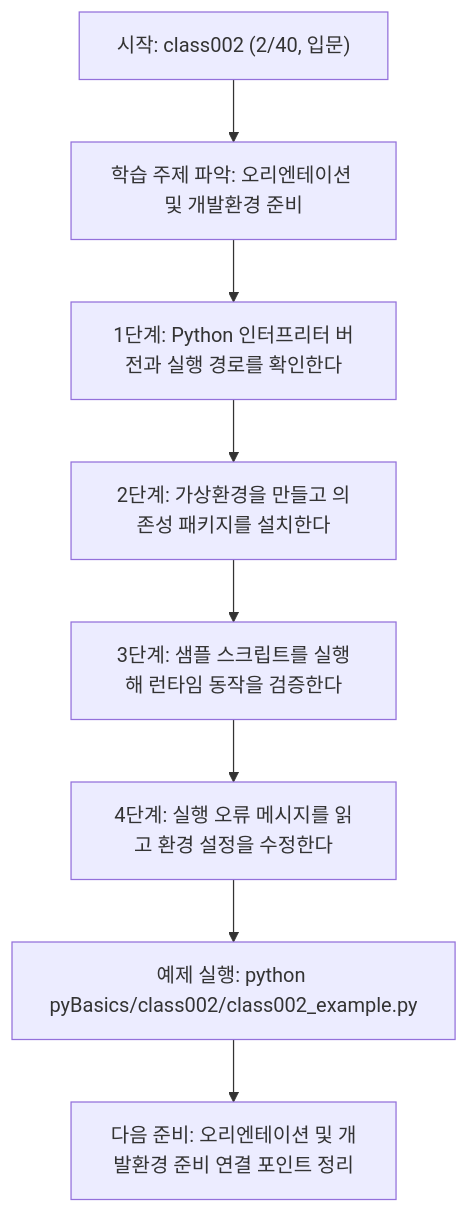
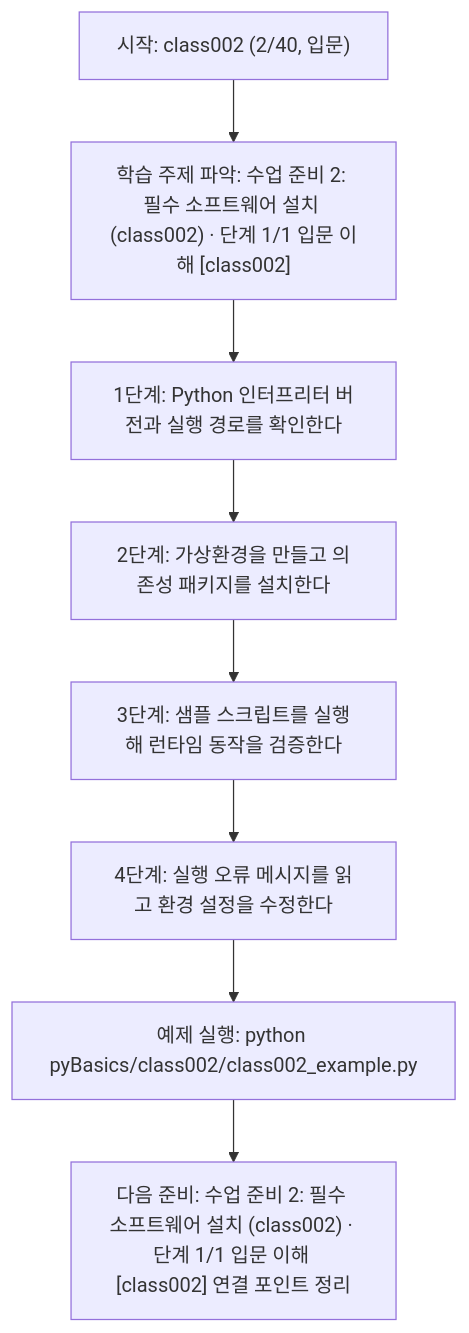
One commit to edumgt/Python-AI_Agent-Class changed the diagram in pyBasics/class002/class002.md. Above: the diagram before and after it, drawn with Mermaid. The commit also changed other lines of this file and 522 other files, not shown here.

````diff
--- a/pyBasics/class002/class002.md
+++ b/pyBasics/class002/class002.md
@@ -109,18 +110,18 @@
 ```mermaid
 flowchart TD
 N1["시작: class002 (2/40, 입문)"]
-N2["학습 주제 파악: 오리엔테이션 및 개발환경 준비"]
+N2["학습 주제 파악: 수업 준비 2: 필수 소프트웨어 설치 (class002) · 단계 1/1 입문 이해 [class002]"]
 N3["1단계: Python 인터프리터 버전과 실행 경로를 확인한다"]
 N4["2단계: 가상환경을 만들고 의존성 패키지를 설치한다"]
 N5["3단계: 샘플 스크립트를 실행해 런타임 동작을 검증한다"]
 N6["4단계: 실행 오류 메시지를 읽고 환경 설정을 수정한다"]
 N7["예제 실행: python pyBasics/class002/class002_example.py"]
-N8["다음 준비: 오리엔테이션 및 개발환경 준비 연결 포인트 정리"]
+N8["다음 준비: 수업 준비 2: 필수 소프트웨어 설치 (class002) · 단계 1/1 입문 이해 [class002] 연결 포인트 정리"]
 N1 --> N2
 N2 --> N3
 N3 --> N4
 N4 --> N5
 N5 --> N6
 N6 --> N7
 N7 --> N8
 ```
````
